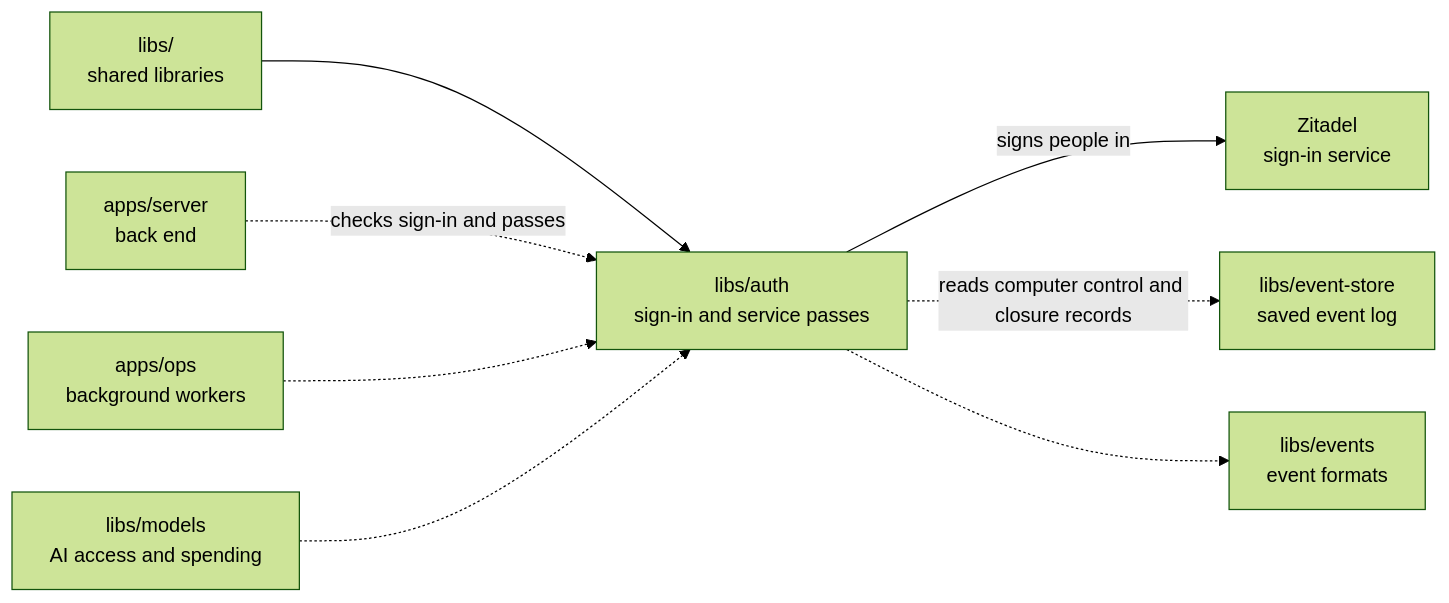
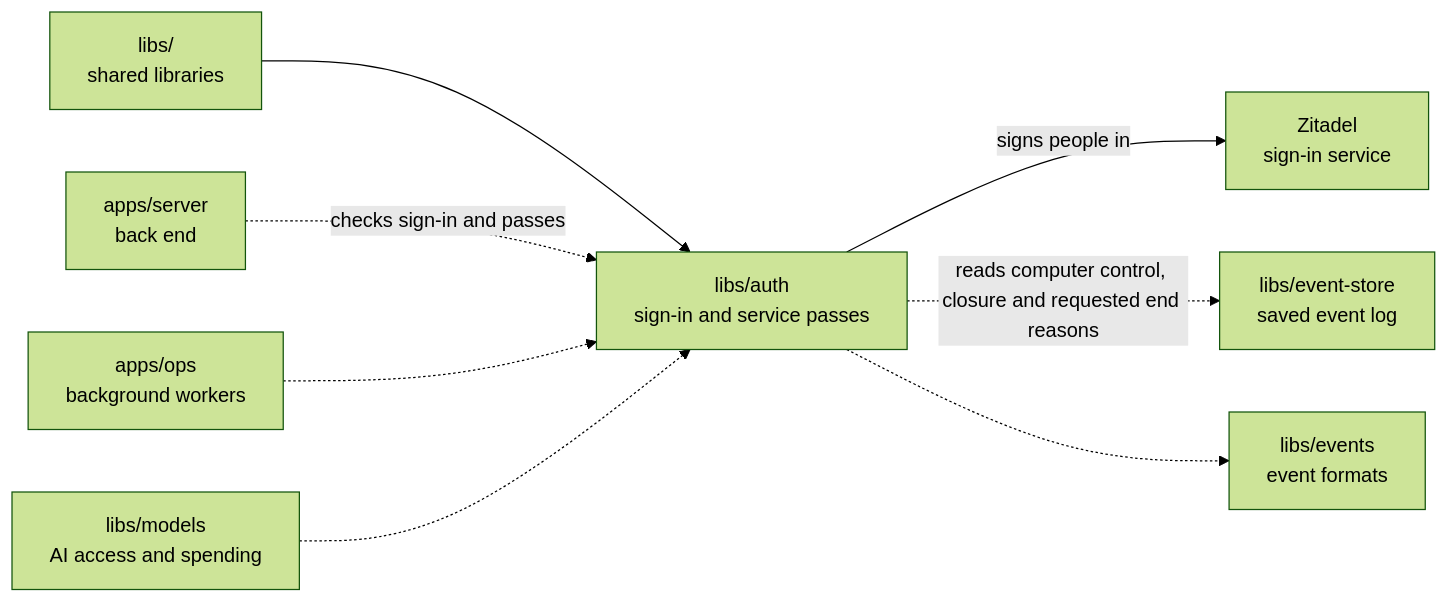
The diagram in libs/auth/README.md (elewa-git/opencrane-new), drawn with Mermaid (forest theme) before and after one commit. The commit also changed other lines of this file and 11 other files, not shown here.

````diff
--- a/libs/auth/README.md
+++ b/libs/auth/README.md
@@ -20,10 +20,10 @@
 ```mermaid
 flowchart LR
   parent["libs/<br/>shared libraries"] --> auth["libs/auth<br/>sign-in and service passes"]
   server["apps/server<br/>back end"] -.->|checks sign-in and passes| auth
   ops["apps/ops<br/>background workers"] -.-> auth
   models["libs/models<br/>AI access and spending"] -.-> auth
   auth -->|signs people in| zitadel["Zitadel<br/>sign-in service"]
-  auth -.->|reads computer control and closure records| store["libs/event-store<br/>saved event log"]
+  auth -.->|reads computer control, closure and requested end reasons| store["libs/event-store<br/>saved event log"]
   auth -.-> events["libs/events<br/>event formats"]
 ```
````
